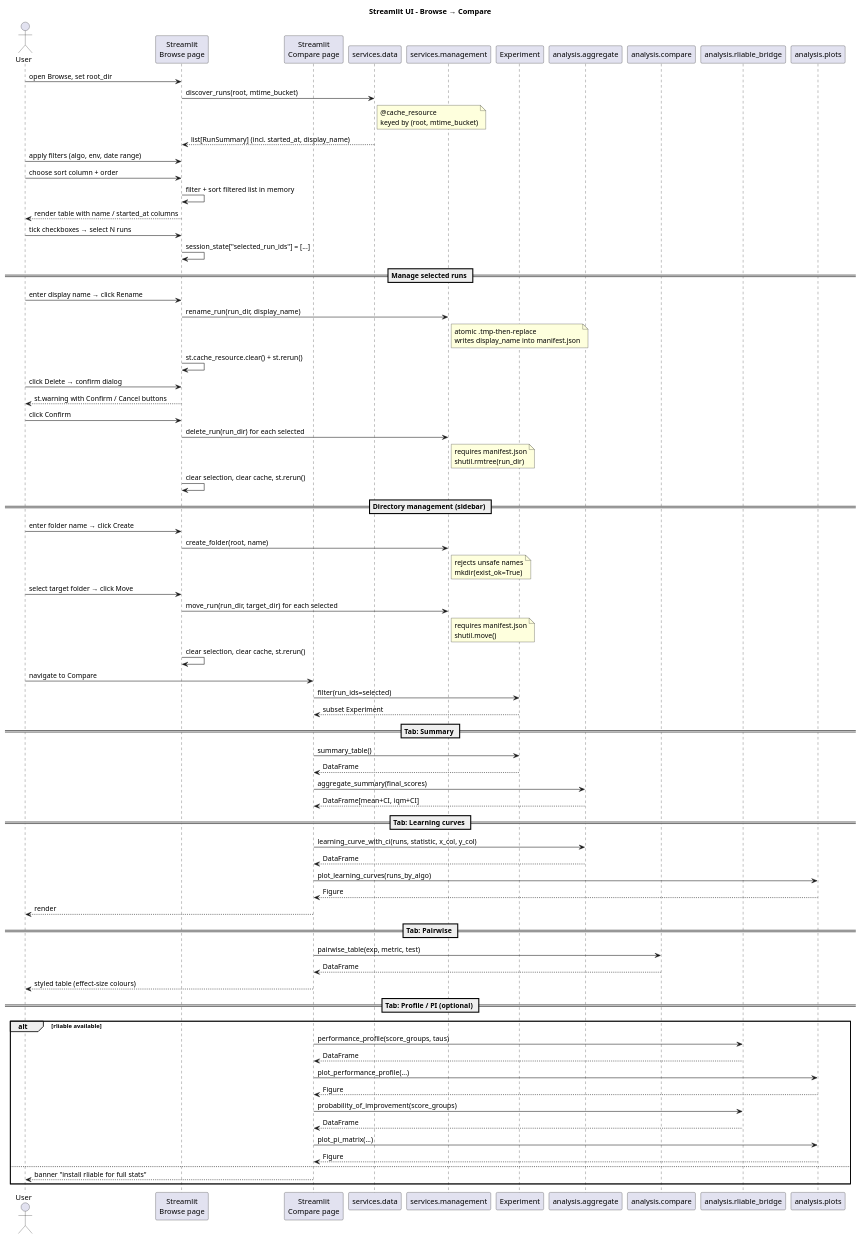
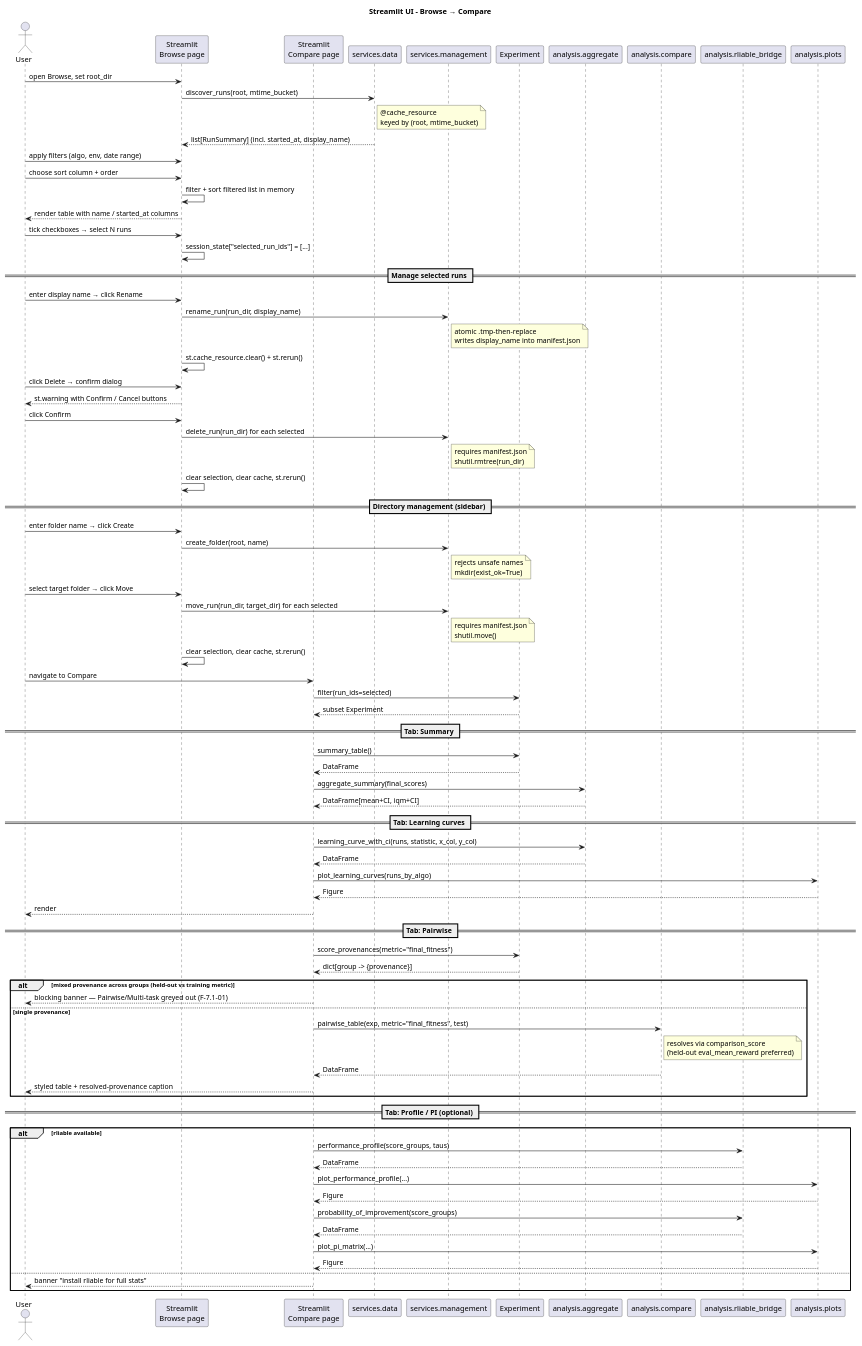
The diagram in docs/UML/sequence_ui_browse_compare.puml (Alex180504/DEAP-Zoo-bridge), drawn with PlantUML before and after one commit. The commit also changed 4 other files, not shown here.

Commit message:
Update UML

```diff
--- a/docs/UML/sequence_ui_browse_compare.puml
+++ b/docs/UML/sequence_ui_browse_compare.puml
@@ -1,86 +1,93 @@
 @startuml sequence_ui_browse_compare
 title Streamlit UI – Browse → Compare
 
 actor "User" as U
 participant "Streamlit\nBrowse page" as B
 participant "Streamlit\nCompare page" as C
 participant "services.data" as DS
 participant "services.management" as MGT
 participant "Experiment" as EX
 participant "analysis.aggregate" as AG
 participant "analysis.compare" as CMP
 participant "analysis.rliable_bridge" as RLB
 participant "analysis.plots" as PL
 
 U -> B: open Browse, set root_dir
 B -> DS: discover_runs(root, mtime_bucket)
 note right of DS: @cache_resource\nkeyed by (root, mtime_bucket)
 DS --> B: list[RunSummary] (incl. started_at, display_name)
 
 U -> B: apply filters (algo, env, date range)
 U -> B: choose sort column + order
 B -> B: filter + sort filtered list in memory
 B --> U: render table with name / started_at columns
 
 U -> B: tick checkboxes → select N runs
 B -> B: session_state["selected_run_ids"] = [...]
 
 == Manage selected runs ==
 U -> B: enter display name → click Rename
 B -> MGT: rename_run(run_dir, display_name)
 note right of MGT: atomic .tmp-then-replace\nwrites display_name into manifest.json
 B -> B: st.cache_resource.clear() + st.rerun()
 
 U -> B: click Delete → confirm dialog
 B --> U: st.warning with Confirm / Cancel buttons
 U -> B: click Confirm
 B -> MGT: delete_run(run_dir) for each selected
 note right of MGT: requires manifest.json\nshutil.rmtree(run_dir)
 B -> B: clear selection, clear cache, st.rerun()
 
 == Directory management (sidebar) ==
 U -> B: enter folder name → click Create
 B -> MGT: create_folder(root, name)
 note right of MGT: rejects unsafe names\nmkdir(exist_ok=True)
 U -> B: select target folder → click Move
 B -> MGT: move_run(run_dir, target_dir) for each selected
 note right of MGT: requires manifest.json\nshutil.move()
 B -> B: clear selection, clear cache, st.rerun()
 
 U -> C: navigate to Compare
 C -> EX: filter(run_ids=selected)
 EX --> C: subset Experiment
 
 == Tab: Summary ==
 C -> EX: summary_table()
 EX --> C: DataFrame
 C -> AG: aggregate_summary(final_scores)
 AG --> C: DataFrame[mean+CI, iqm+CI]
 
 == Tab: Learning curves ==
 C -> AG: learning_curve_with_ci(runs, statistic, x_col, y_col)
 AG --> C: DataFrame
 C -> PL: plot_learning_curves(runs_by_algo)
 PL --> C: Figure
 C --> U: render
 
 == Tab: Pairwise ==
-C -> CMP: pairwise_table(exp, metric, test)
-CMP --> C: DataFrame
-C --> U: styled table (effect-size colours)
+C -> EX: score_provenances(metric="final_fitness")
+EX --> C: dict[group -> {provenance}]
+alt mixed provenance across groups (held-out vs training metric)
+    C --> U: blocking banner — Pairwise/Multi-task greyed out (F-7.1-01)
+else single provenance
+    C -> CMP: pairwise_table(exp, metric="final_fitness", test)
+    note right of CMP: resolves via comparison_score\n(held-out eval_mean_reward preferred)
+    CMP --> C: DataFrame
+    C --> U: styled table + resolved-provenance caption
+end
 
 == Tab: Profile / PI (optional) ==
 alt rliable available
     C -> RLB: performance_profile(score_groups, taus)
     RLB --> C: DataFrame
     C -> PL: plot_performance_profile(...)
     PL --> C: Figure
     C -> RLB: probability_of_improvement(score_groups)
     RLB --> C: DataFrame
     C -> PL: plot_pi_matrix(...)
     PL --> C: Figure
 else
     C --> U: banner "install rliable for full stats"
 end
 
 @enduml
```
